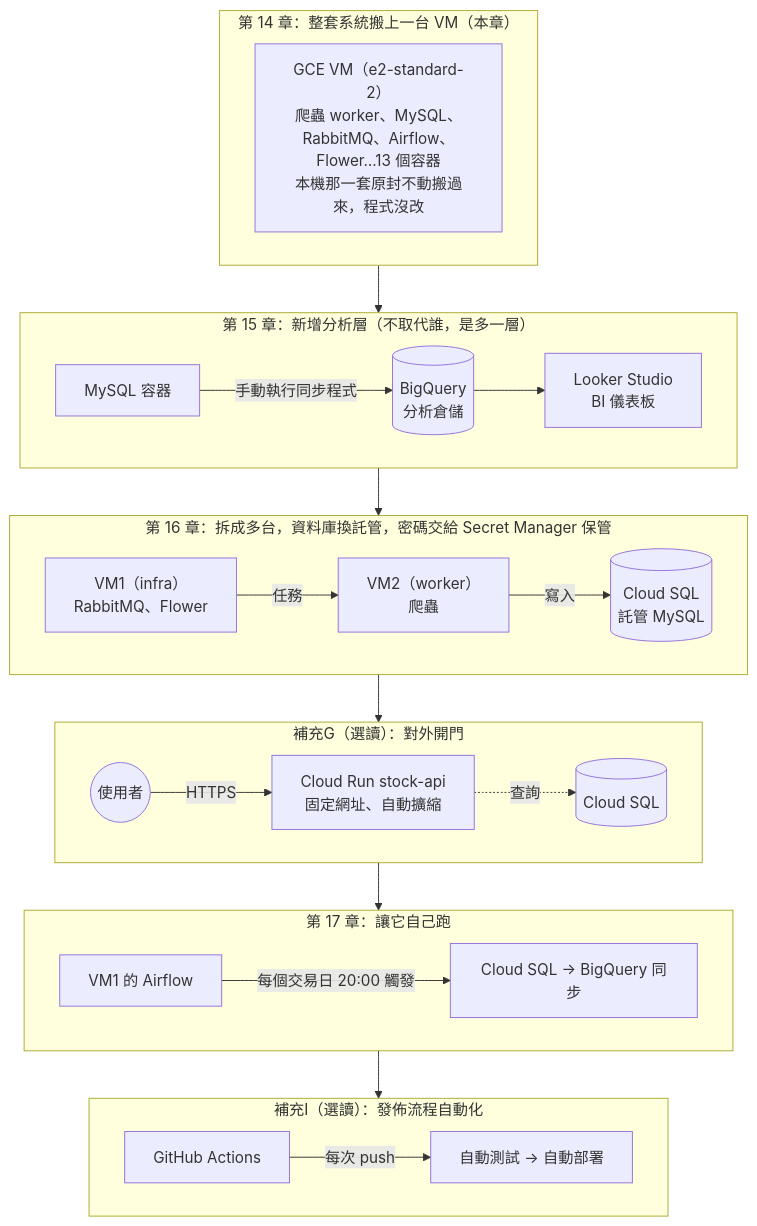
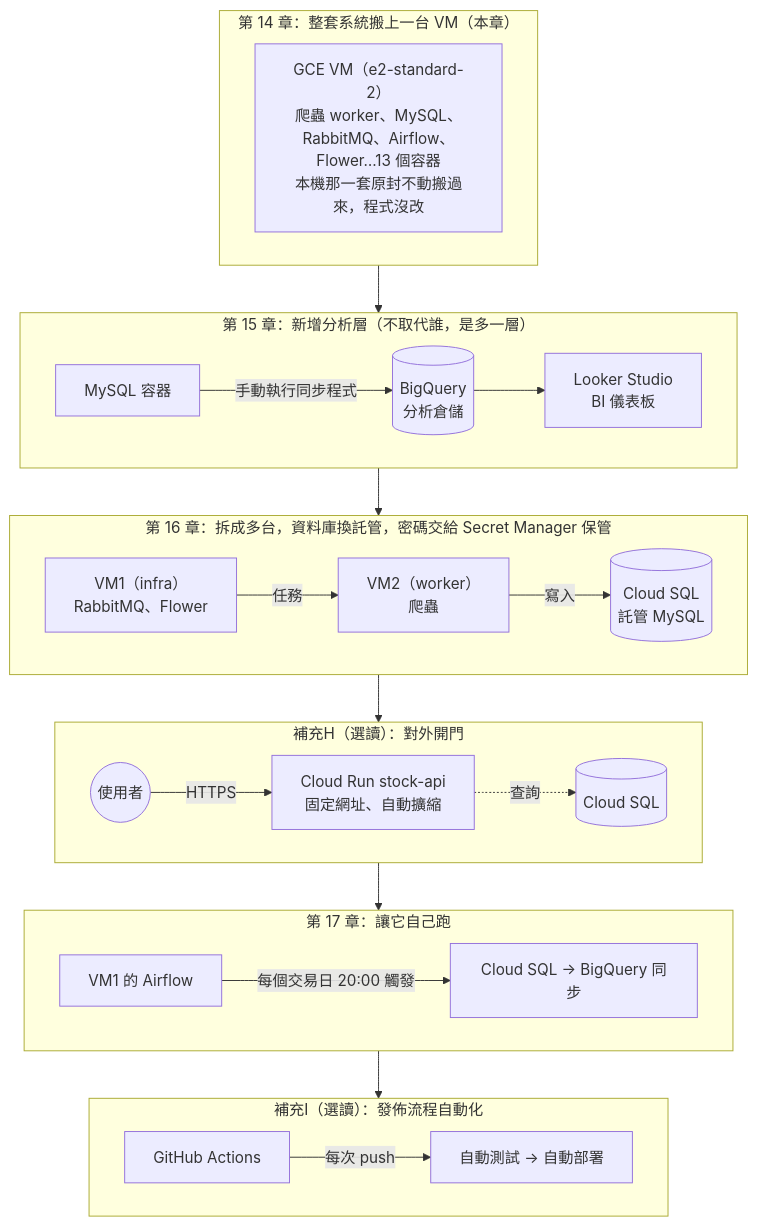
Before and after one commit to lu791019/stock-crawler-de-course-materials: the first of 2 diagrams in 課程手冊/課程手冊14 - GCP開通與雲端部署.md, drawn with Mermaid. The commit also changed other lines of this file and 34 other files, not shown here.

Commit message:
refactor: 補充章重排為閱讀順序——draw.io=A、Cloud Run=H，全手冊交叉引用與圖片目錄同步；README 補充表與主線章節表更新

````diff
--- a/課程手冊/課程手冊14 - GCP開通與雲端部署.md
+++ b/課程手冊/課程手冊14 - GCP開通與雲端部署.md
@@ -173,22 +173,22 @@
 ```mermaid
 flowchart TB
     subgraph S14["第 14 章：整套系統搬上一台 VM（本章）"]
         VM["GCE VM（e2-standard-2）<br/>爬蟲 worker、MySQL、RabbitMQ、Airflow、Flower…13 個容器<br/>本機那一套原封不動搬過來，程式沒改"]
     end
     subgraph S15["第 15 章：新增分析層（不取代誰，是多一層）"]
         M15["MySQL 容器"] -->|手動執行同步程式| BQ15[("BigQuery<br/>分析倉儲")] --> LS15["Looker Studio<br/>BI 儀表板"]
     end
     subgraph S16["第 16 章：拆成多台，資料庫換託管，密碼交給 Secret Manager 保管"]
         VM1["VM1（infra）<br/>RabbitMQ、Flower"] -->|任務| VM2["VM2（worker）<br/>爬蟲"] -->|寫入| SQL16[("Cloud SQL<br/>託管 MySQL")]
     end
-    subgraph SG["補充G（選讀）：對外開門"]
+    subgraph SG["補充H（選讀）：對外開門"]
         U(("使用者")) -->|HTTPS| CR["Cloud Run stock-api<br/>固定網址、自動擴縮"] -.->|查詢| SQLG[("Cloud SQL")]
     end
     subgraph S17["第 17 章：讓它自己跑"]
         AF17["VM1 的 Airflow"] -->|每個交易日 20:00 觸發| SY17["Cloud SQL → BigQuery 同步"]
     end
     subgraph SI["補充I（選讀）：發佈流程自動化"]
         GH17["GitHub Actions"] -->|每次 push| T17["自動測試 → 自動部署"]
     end
     S14 --> S15 --> S16 --> SG --> S17 --> SI
 ```
````
